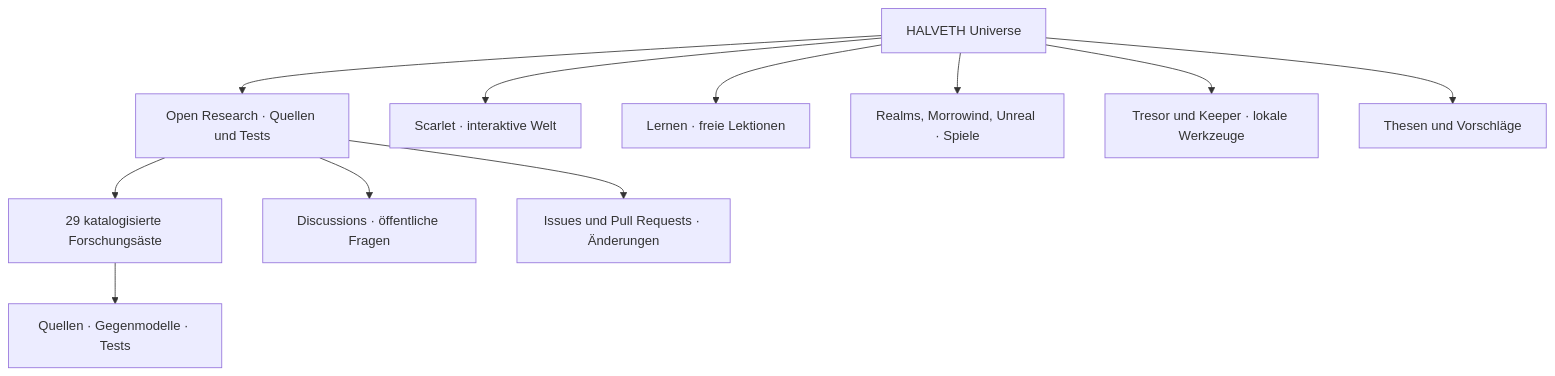
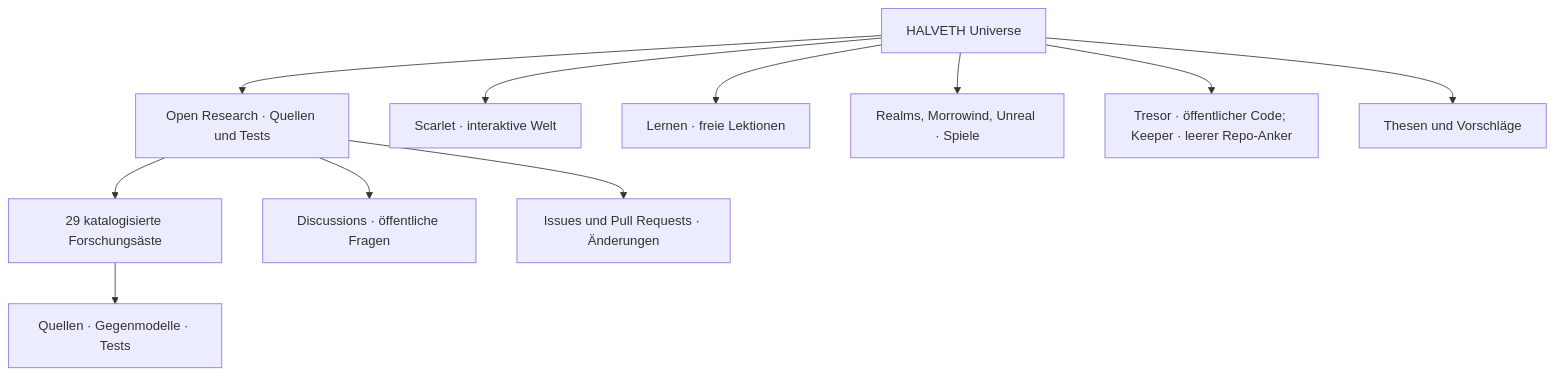
Before and after one commit to Juri-Halveth/open-research-branches: the diagram in UNIVERSE.md, drawn with Mermaid. The commit also changed other lines of this file and 1 other file, not shown here.

Commit message:
Mark public Keeper repository as empty in universe map

````diff
--- a/UNIVERSE.md
+++ b/UNIVERSE.md
@@ -9,13 +9,13 @@
 ```mermaid
 flowchart TD
   U[HALVETH Universe] --> R[Open Research · Quellen und Tests]
   U --> S[Scarlet · interaktive Welt]
   U --> L[Lernen · freie Lektionen]
   U --> G[Realms, Morrowind, Unreal · Spiele]
-  U --> T[Tresor und Keeper · lokale Werkzeuge]
+  U --> T[Tresor · öffentlicher Code; Keeper · leerer Repo-Anker]
   U --> P[Thesen und Vorschläge]
   R --> C[29 katalogisierte Forschungsäste]
   R --> D[Discussions · öffentliche Fragen]
   R --> E[Issues und Pull Requests · Änderungen]
   C --> Q[Quellen · Gegenmodelle · Tests]
 ```
````
